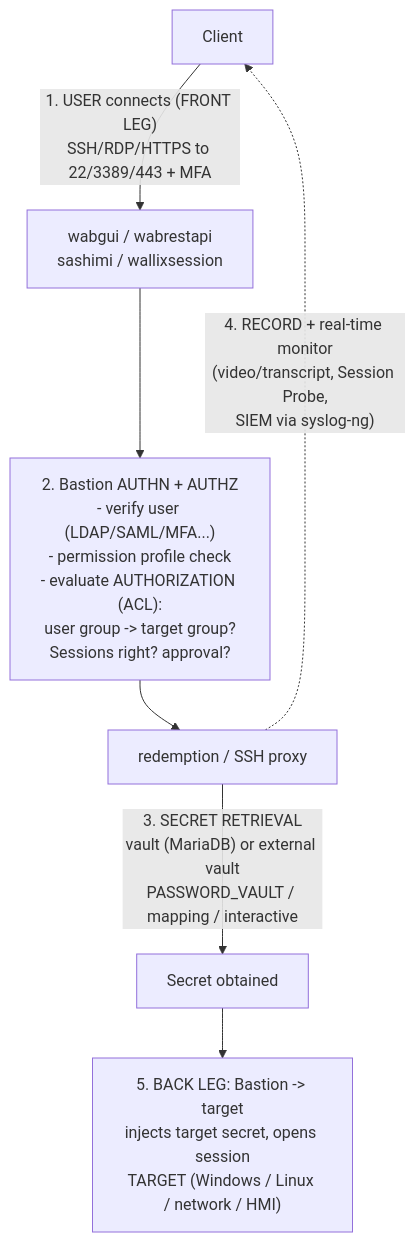
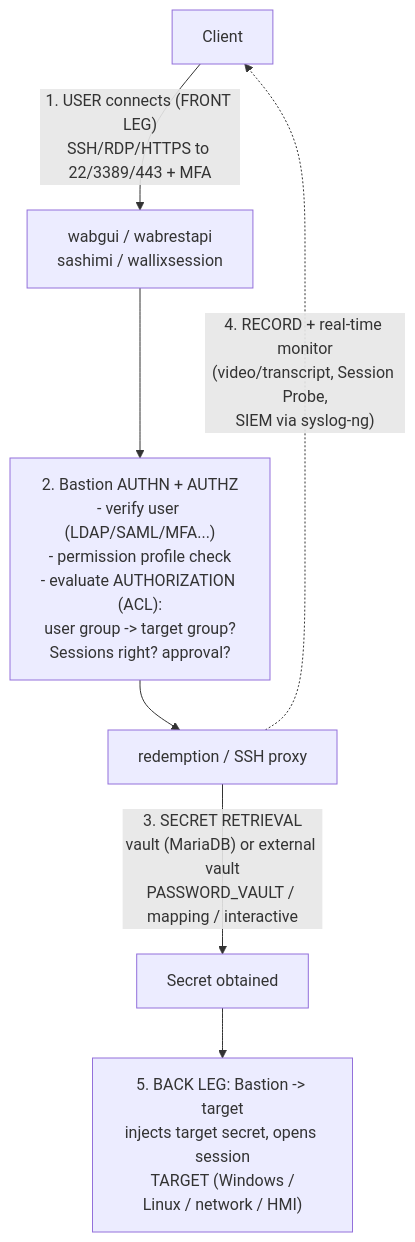
One commit to morandeirachema/WallixCerts changed the sixth of 6 diagrams in certs/wallix/deep-dives/bastion-architecture.md. Above: the diagram before and after it, drawn with Mermaid. The commit also changed other lines of this file and 35 other files, not shown here.

First line of the commit message:
Tidy Mermaid boxes: balanced wrapping at a narrower width (36)

````diff
--- a/certs/wallix/deep-dives/bastion-architecture.md
+++ b/certs/wallix/deep-dives/bastion-architecture.md
@@ -246,9 +246,9 @@
 ```mermaid
 flowchart TD
     Client["Client"] -->|"1. USER connects (FRONT LEG)<br/>SSH/RDP/HTTPS to 22/3389/443 + MFA"| Front["wabgui / wabrestapi<br/>sashimi / wallixsession"]
     Front --> Authz["2. Bastion AUTHN + AUTHZ<br/>- verify user (LDAP/SAML/MFA...)<br/>- permission profile check<br/>- evaluate AUTHORIZATION (ACL):<br/>user group -> target group?<br/>Sessions right? approval?"]
     Authz --> Proxy["redemption / SSH proxy"]
     Proxy -->|"3. SECRET RETRIEVAL<br/>vault (MariaDB) or external vault<br/>PASSWORD_VAULT / mapping / interactive"| Secret["Secret obtained"]
-    Secret --> Target["5. BACK LEG: Bastion -> target<br/>injects target secret, opens session<br/>TARGET (Windows / Linux / network / HMI)"]
+    Secret --> Target["5. BACK LEG: Bastion -> target<br/>injects target secret, opens session<br/>TARGET (Windows /<br/>Linux / network / HMI)"]
     Proxy -.->|"4. RECORD + real-time monitor<br/>(video/transcript, Session Probe,<br/>SIEM via syslog-ng)"| Client
 ```
````
